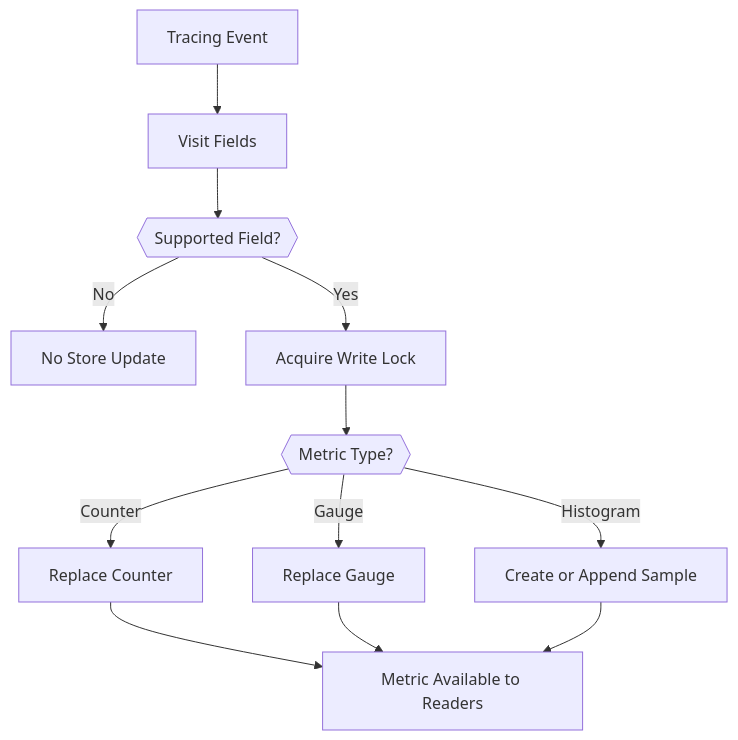
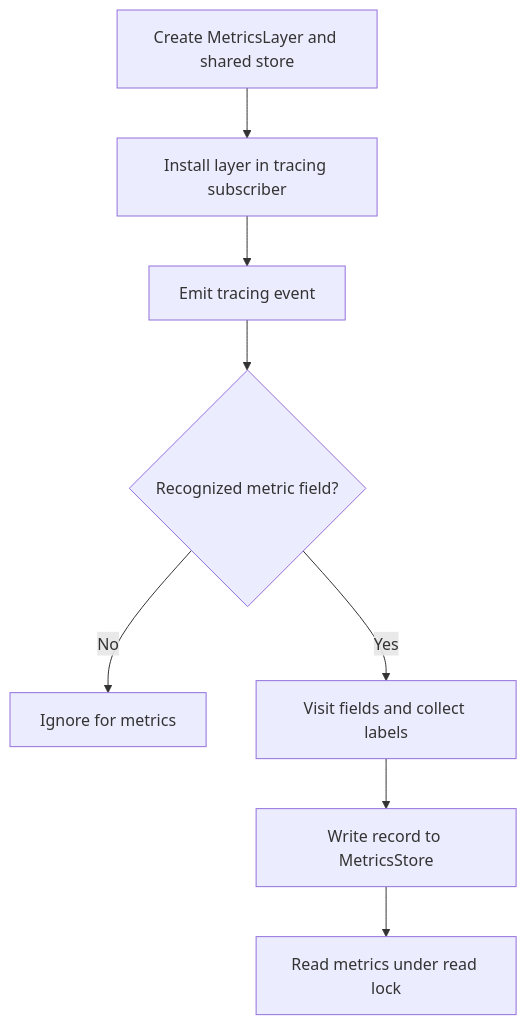
Before and after one commit to flamingo-stack/openframe-oss-tenant: the fourth of 4 diagrams in docs/reference/architecture/openframe-client-core/logging-metrics/logging-metrics.md, drawn with Mermaid. The commit also changed other lines of this file and 2377 other files, not shown here.

````diff
--- a/docs/reference/architecture/openframe-client-core/logging-metrics/logging-metrics.md
+++ b/docs/reference/architecture/openframe-client-core/logging-metrics/logging-metrics.md
@@ -104,14 +143,10 @@
 ```mermaid
 flowchart TD
-    Event["Tracing Event"] --> Visit["Visit Fields"]
-    Visit --> Supported{{"Supported Field?"}}
-    Supported -->|"No"| Ignore["No Store Update"]
-    Supported -->|"Yes"| Lock["Acquire Write Lock"]
-    Lock --> Type{{"Metric Type?"}}
-    Type -->|"Counter"| Counter["Replace Counter"]
-    Type -->|"Gauge"| Gauge["Replace Gauge"]
-    Type -->|"Histogram"| Histogram["Create or Append Sample"]
-    Counter --> Read["Metric Available to Readers"]
-    Gauge --> Read
-    Histogram --> Read
+    CreateLayer["Create MetricsLayer and shared store"] --> InstallLayer["Install layer in tracing subscriber"]
+    InstallLayer --> EmitEvent["Emit tracing event"]
+    EmitEvent --> Recognized{"Recognized metric field?"}
+    Recognized -->|"No"| IgnoreEvent["Ignore for metrics"]
+    Recognized -->|"Yes"| VisitFields["Visit fields and collect labels"]
+    VisitFields --> WriteStore["Write record to MetricsStore"]
+    WriteStore --> ReadStore["Read metrics under read lock"]
 ```
````
